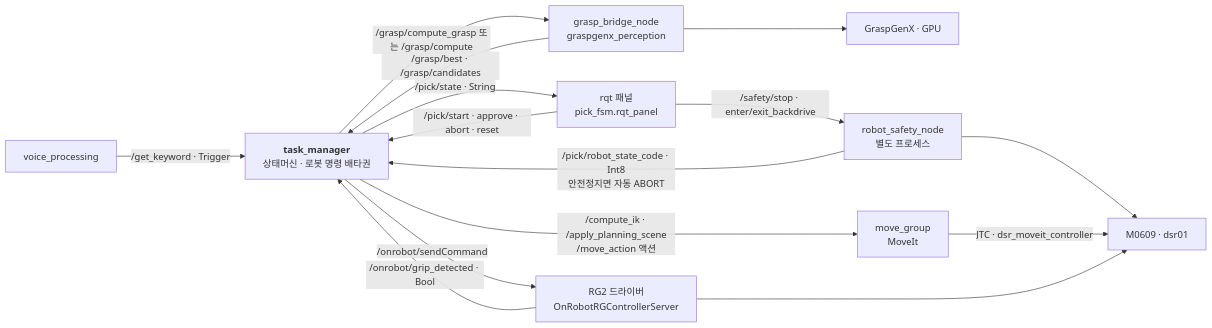
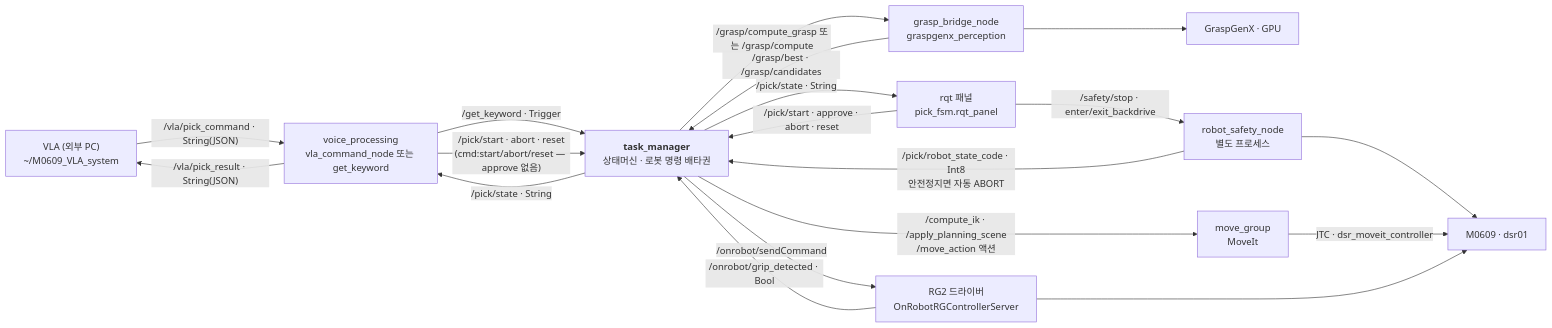
Before and after one commit to gwanhuiGIM/Rokey_cobot2_ws: the first of 2 diagrams in src/PACKAGES.md, drawn with Mermaid. The commit also changed other lines of this file and 80 other files, not shown here.

````diff
--- a/src/PACKAGES.md
+++ b/src/PACKAGES.md
@@ -879,30 +992,35 @@
 ```mermaid
 flowchart LR
-    voice["voice_processing"]
+    vla["VLA (외부 PC)<br/>~/M0609_VLA_system"]
+    voice["voice_processing<br/>vla_command_node 또는 get_keyword"]
     rqt["rqt 패널<br/>pick_fsm.rqt_panel"]
     tm["<b>task_manager</b><br/>상태머신 · 로봇 명령 배타권"]
     bridge["grasp_bridge_node<br/>graspgenx_perception"]
     gpu["GraspGenX · GPU"]
     mg["move_group<br/>MoveIt"]
     rg2["RG2 드라이버<br/>OnRobotRGControllerServer"]
     safety["robot_safety_node<br/>별도 프로세스"]
     robot["M0609 · dsr01"]
 
+    vla -->|"/vla/pick_command · String(JSON)"| voice
+    voice -->|"/vla/pick_result · String(JSON)"| vla
     voice -->|"/get_keyword · Trigger"| tm
+    voice -->|"/pick/start · abort · reset<br/>(cmd:start/abort/reset — approve 없음)"| tm
     rqt -->|"/pick/start · approve · abort · reset"| tm
     tm -->|"/pick/state · String"| rqt
+    tm -->|"/pick/state · String"| voice
 
     tm -->|"/grasp/compute_grasp 또는 /grasp/compute"| bridge
     bridge --> gpu
     bridge -->|"/grasp/best · /grasp/candidates"| tm
 
     tm -->|"/compute_ik · /apply_planning_scene<br/>/move_action 액션"| mg
     tm -->|"/onrobot/sendCommand"| rg2
     rg2 -->|"/onrobot/grip_detected · Bool"| tm
 
     safety -->|"/pick/robot_state_code · Int8<br/>안전정지면 자동 ABORT"| tm
     rqt -->|"/safety/stop · enter/exit_backdrive"| safety
     safety --> robot
     mg -->|"JTC · dsr_moveit_controller"| robot
     rg2 --> robot
 ```
````
